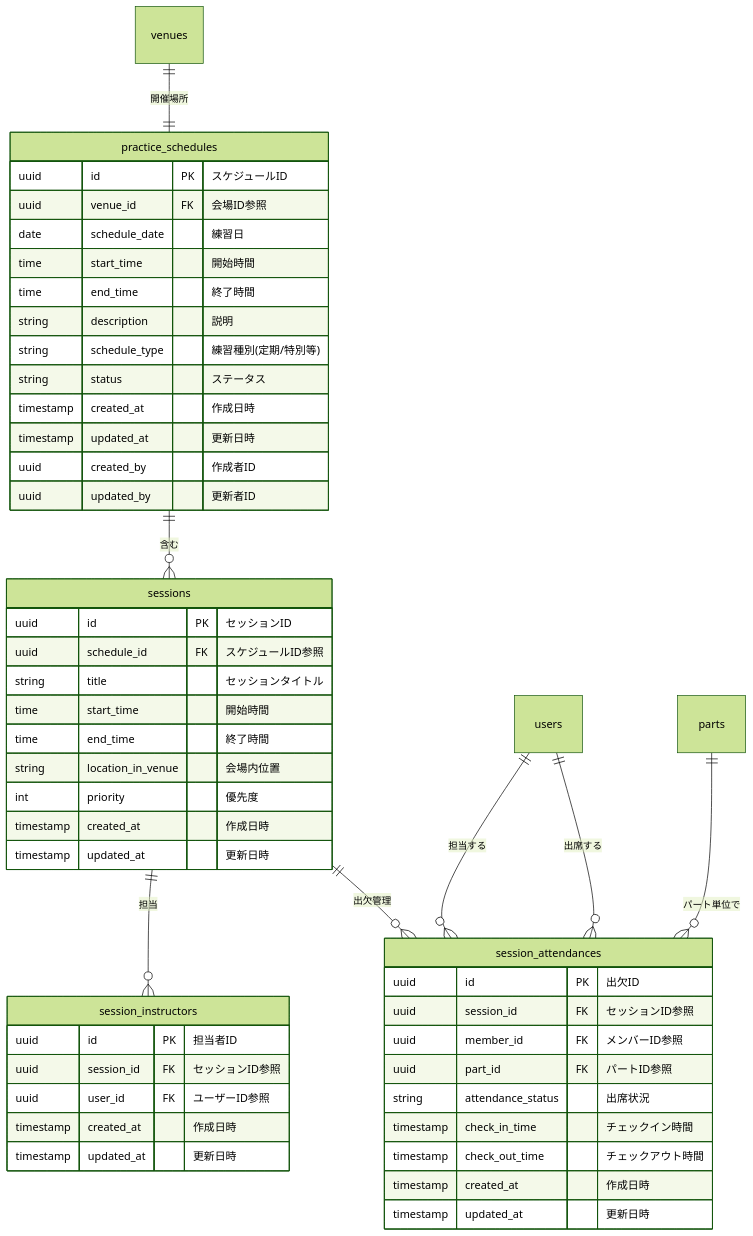
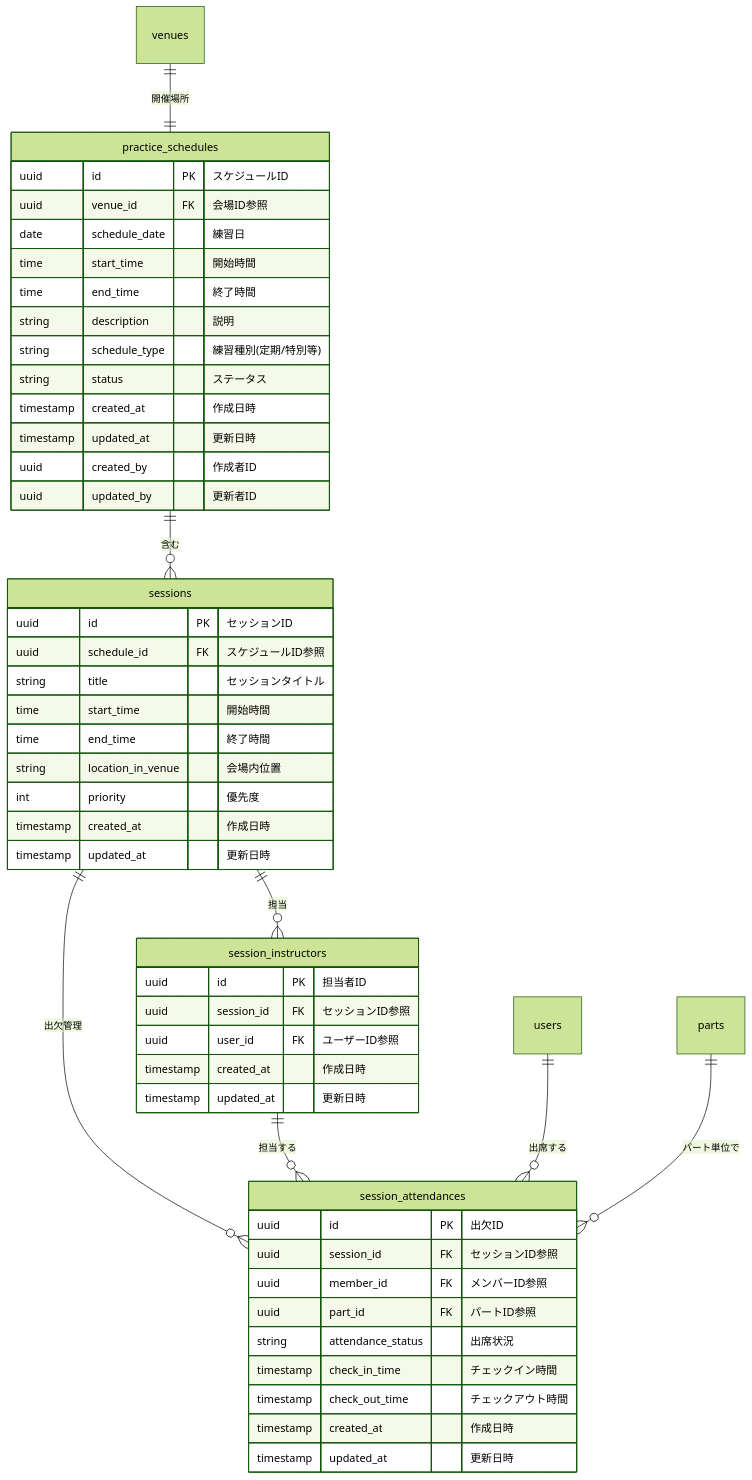
Before and after one commit to NowatariSoma/tomosigoto_nou_system: the diagram in tickets/phase_1/backend/BACK-DB-001/BACK-DB-001.3/README.md, drawn with Mermaid (forest theme).

````diff
--- a/tickets/phase_1/backend/BACK-DB-001/BACK-DB-001.3/README.md
+++ b/tickets/phase_1/backend/BACK-DB-001/BACK-DB-001.3/README.md
@@ -84,57 +84,57 @@
 ```mermaid
 erDiagram
     practice_schedules ||--o{ sessions : "含む"
     sessions ||--o{ session_instructors : "担当"
     sessions ||--o{ session_attendances : "出欠管理"
     venues ||--|| practice_schedules : "開催場所"
-    users ||--o{ session_attendances : "担当する"
+    session_instructors ||--o{ session_attendances : "担当する"
     users ||--o{ session_attendances : "出席する"
     parts ||--o{ session_attendances : "パート単位で"
     
     practice_schedules {
         uuid id PK "スケジュールID"
         uuid venue_id FK "会場ID参照"
         date schedule_date "練習日"
         time start_time "開始時間"
         time end_time "終了時間"
         string description "説明"
         string schedule_type "練習種別(定期/特別等)"
         string status "ステータス"
         timestamp created_at "作成日時"
         timestamp updated_at "更新日時"
         uuid created_by "作成者ID"
         uuid updated_by "更新者ID"
     }
     
     sessions {
         uuid id PK "セッションID"
         uuid schedule_id FK "スケジュールID参照"
         string title "セッションタイトル"
         time start_time "開始時間"
         time end_time "終了時間"
         string location_in_venue "会場内位置"
         int priority "優先度"
         timestamp created_at "作成日時"
         timestamp updated_at "更新日時"
     }
     
     session_instructors {
         uuid id PK "担当者ID"
         uuid session_id FK "セッションID参照"
         uuid user_id FK "ユーザーID参照"
         timestamp created_at "作成日時"
         timestamp updated_at "更新日時"
     }
     
     session_attendances {
         uuid id PK "出欠ID"
         uuid session_id FK "セッションID参照"
         uuid member_id FK "メンバーID参照"
         uuid part_id FK "パートID参照"
         string attendance_status "出席状況"
         timestamp check_in_time "チェックイン時間"
         timestamp check_out_time "チェックアウト時間"
         timestamp created_at "作成日時"
         timestamp updated_at "更新日時"
     }
 ```
````
